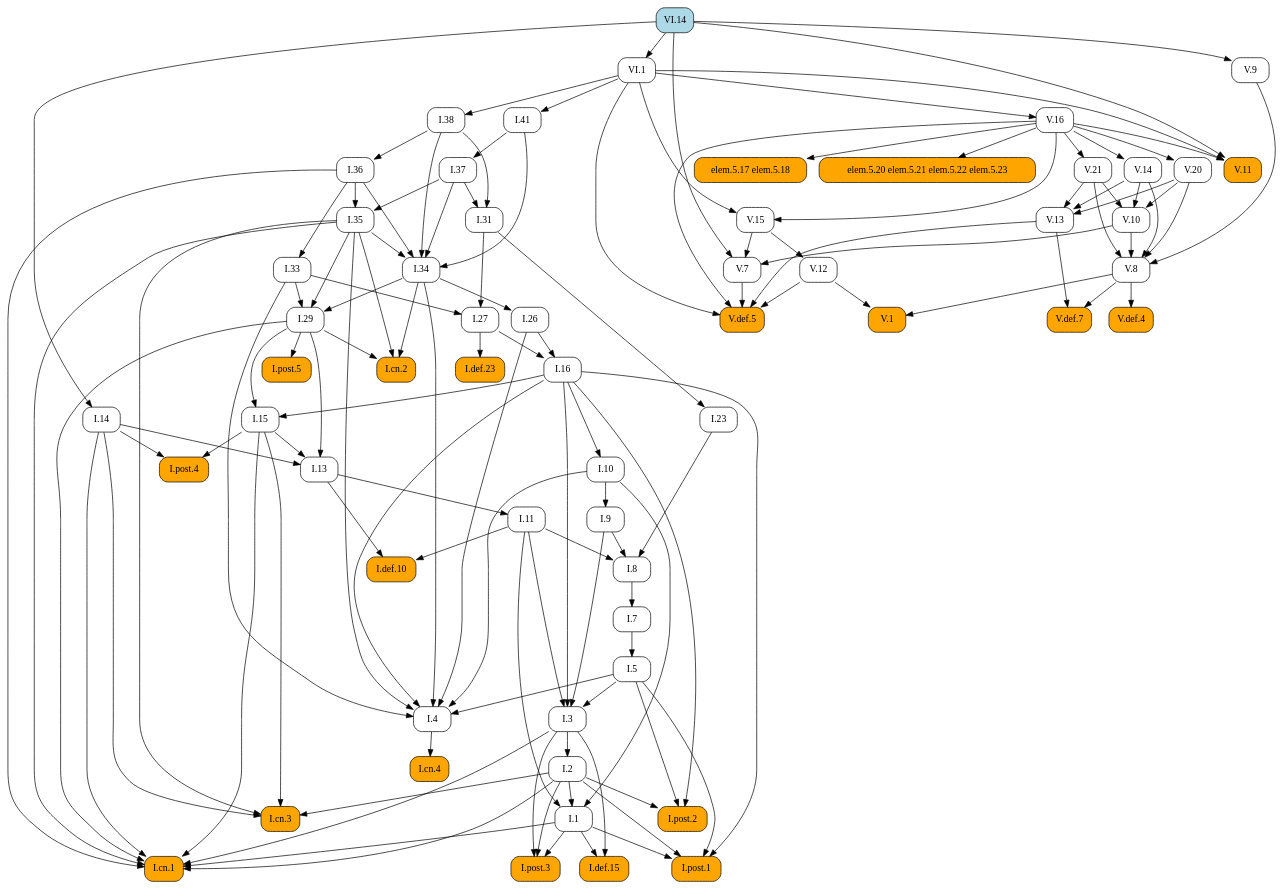
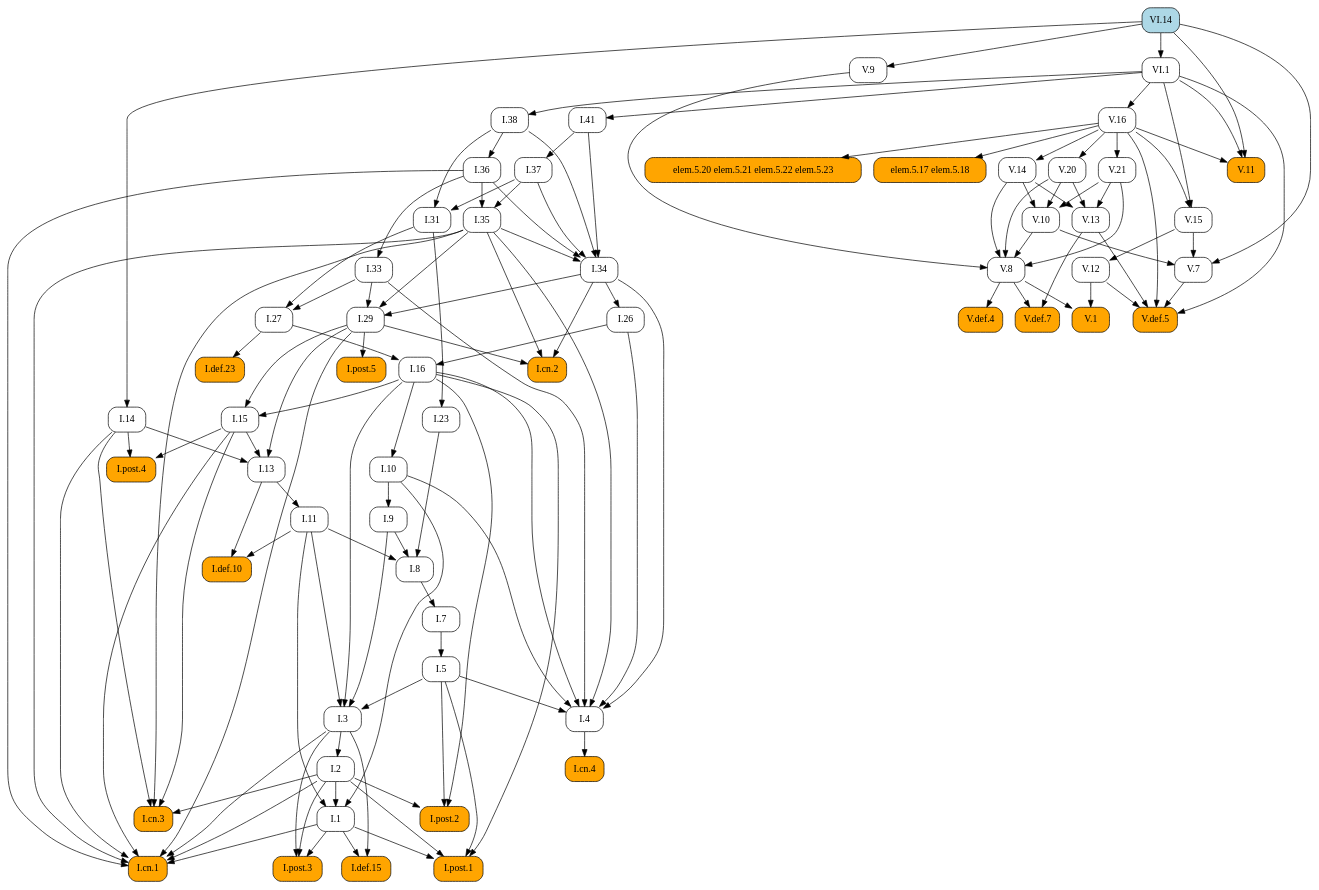
Before and after one commit to geometor/elements: the diagram in docsrc/heath/VI/14/index.rst, drawn with Graphviz. The commit also changed other lines of this file and 1029 other files, not shown here.

```diff
--- a/docsrc/heath/VI/14/index.rst
+++ b/docsrc/heath/VI/14/index.rst
@@ -56,178 +56,104 @@
    digraph {
      rankdir="TB";
      node [shape=box, style=rounded];
-     "V.1" [style="rounded,filled", fillcolor=orange, URL="/heath/V/1/", target="_top"];
+     "I.def.10" [style="rounded,filled", fillcolor=orange, URL="/heath/I/def.10/", target="_top"];
+     "I.11" [URL="/heath/I/11/", target="_top"];
+     "I.post.4" [style="rounded,filled", fillcolor=orange, URL="/heath/I/post.4/", target="_top"];
+     "I.1" [URL="/heath/I/1/", target="_top"];
+     "I.26" [URL="/heath/I/26/", target="_top"];
+     "V.14" [URL="/heath/V/14/", target="_top"];
+     "V.def.5" [style="rounded,filled", fillcolor=orange, URL="/heath/V/def.5/", target="_top"];
+     "I.29" [URL="/heath/I/29/", target="_top"];
+     "V.12" [URL="/heath/V/12/", target="_top"];
+     "I.cn.2" [style="rounded,filled", fillcolor=orange, URL="/heath/I/cn.2/", target="_top"];
+     "V.20" [URL="/heath/V/20/", target="_top"];
+     "V.10" [URL="/heath/V/10/", target="_top"];
+     "V.11" [style="rounded,filled", fillcolor=orange, URL="/heath/V/11/", target="_top"];
+     "V.13" [URL="/heath/V/13/", target="_top"];
+     "I.def.15" [style="rounded,filled", fillcolor=orange, URL="/heath/I/def.15/", target="_top"];
+     "V.15" [URL="/heath/V/15/", target="_top"];
+     "VI.1" [URL="/heath/VI/1/", target="_top"];
+     "I.post.3" [style="rounded,filled", fillcolor=orange, URL="/heath/I/post.3/", target="_top"];
+     "I.cn.1" [style="rounded,filled", fillcolor=orange, URL="/heath/I/cn.1/", target="_top"];
      "I.cn.3" [style="rounded,filled", fillcolor=orange, URL="/heath/I/cn.3/", target="_top"];
-     "I.29" [URL="/heath/I/29/", target="_top"];
-     "I.7" [URL="/heath/I/7/", target="_top"];
+     "V.7" [URL="/heath/V/7/", target="_top"];
+     "I.14" [URL="/heath/I/14/", target="_top"];
+     "V.9" [URL="/heath/V/9/", target="_top"];
+     "V.16" [URL="/heath/V/16/", target="_top"];
+     "I.23" [URL="/heath/I/23/", target="_top"];
+     "I.post.1" [style="rounded,filled", fillcolor=orange, URL="/heath/I/post.1/", target="_top"];
+     "I.35" [URL="/heath/I/35/", target="_top"];
+     "V.8" [URL="/heath/V/8/", target="_top"];
+     "I.41" [URL="/heath/I/41/", target="_top"];
+     "I.36" [URL="/heath/I/36/", target="_top"];
      "I.27" [URL="/heath/I/27/", target="_top"];
-     "I.38" [URL="/heath/I/38/", target="_top"];
-     "V.16" [URL="/heath/V/16/", target="_top"];
-     "V.15" [URL="/heath/V/15/", target="_top"];
      "I.37" [URL="/heath/I/37/", target="_top"];
      "I.34" [URL="/heath/I/34/", target="_top"];
-     "V.20" [URL="/heath/V/20/", target="_top"];
+     "I.3" [URL="/heath/I/3/", target="_top"];
+     "I.7" [URL="/heath/I/7/", target="_top"];
+     "I.2" [URL="/heath/I/2/", target="_top"];
+     "I.4" [URL="/heath/I/4/", target="_top"];
+     "I.def.23" [style="rounded,filled", fillcolor=orange, URL="/heath/I/def.23/", target="_top"];
+     "I.13" [URL="/heath/I/13/", target="_top"];
+     "I.33" [URL="/heath/I/33/", target="_top"];
+     "I.31" [URL="/heath/I/31/", target="_top"];
+     "I.post.2" [style="rounded,filled", fillcolor=orange, URL="/heath/I/post.2/", target="_top"];
+     "V.1" [style="rounded,filled", fillcolor=orange, URL="/heath/V/1/", target="_top"];
+     "I.16" [URL="/heath/I/16/", target="_top"];
+     "elem.5.20 elem.5.21 elem.5.22 elem.5.23" [style="rounded,filled", fillcolor=orange];
+     "elem.5.17 elem.5.18" [style="rounded,filled", fillcolor=orange];
+     "I.9" [URL="/heath/I/9/", target="_top"];
      "I.8" [URL="/heath/I/8/", target="_top"];
-     "I.def.23" [style="rounded,filled", fillcolor=orange, URL="/heath/I/def.23/", target="_top"];
-     "I.9" [URL="/heath/I/9/", target="_top"];
      "V.def.4" [style="rounded,filled", fillcolor=orange, URL="/heath/V/def.4/", target="_top"];
+     "I.cn.4" [style="rounded,filled", fillcolor=orange, URL="/heath/I/cn.4/", target="_top"];
+     "VI.14" [style="rounded,filled", fillcolor=lightblue, URL="/heath/VI/14/", target="_top"];
+     "I.15" [URL="/heath/I/15/", target="_top"];
+     "I.post.5" [style="rounded,filled", fillcolor=orange, URL="/heath/I/post.5/", target="_top"];
+     "I.38" [URL="/heath/I/38/", target="_top"];
+     "V.def.7" [style="rounded,filled", fillcolor=orange, URL="/heath/V/def.7/", target="_top"];
+     "I.10" [URL="/heath/I/10/", target="_top"];
+     "I.5" [URL="/heath/I/5/", target="_top"];
      "V.21" [URL="/heath/V/21/", target="_top"];
-     "V.8" [URL="/heath/V/8/", target="_top"];
-     "I.post.4" [style="rounded,filled", fillcolor=orange, URL="/heath/I/post.4/", target="_top"];
-     "I.2" [URL="/heath/I/2/", target="_top"];
-     "V.7" [URL="/heath/V/7/", target="_top"];
-     "I.1" [URL="/heath/I/1/", target="_top"];
-     "I.def.15" [style="rounded,filled", fillcolor=orange, URL="/heath/I/def.15/", target="_top"];
-     "V.13" [URL="/heath/V/13/", target="_top"];
-     "I.post.1" [style="rounded,filled", fillcolor=orange, URL="/heath/I/post.1/", target="_top"];
-     "VI.14" [style="rounded,filled", fillcolor=lightblue, URL="/heath/VI/14/", target="_top"];
-     "I.cn.4" [style="rounded,filled", fillcolor=orange, URL="/heath/I/cn.4/", target="_top"];
-     "I.26" [URL="/heath/I/26/", target="_top"];
-     "I.33" [URL="/heath/I/33/", target="_top"];
-     "V.def.7" [style="rounded,filled", fillcolor=orange, URL="/heath/V/def.7/", target="_top"];
-     "elem.5.20 elem.5.21 elem.5.22 elem.5.23" [style="rounded,filled", fillcolor=orange];
-     "I.23" [URL="/heath/I/23/", target="_top"];
-     "I.13" [URL="/heath/I/13/", target="_top"];
-     "I.cn.2" [style="rounded,filled", fillcolor=orange, URL="/heath/I/cn.2/", target="_top"];
-     "I.5" [URL="/heath/I/5/", target="_top"];
-     "I.11" [URL="/heath/I/11/", target="_top"];
-     "V.10" [URL="/heath/V/10/", target="_top"];
-     "V.def.5" [style="rounded,filled", fillcolor=orange, URL="/heath/V/def.5/", target="_top"];
-     "I.4" [URL="/heath/I/4/", target="_top"];
-     "I.10" [URL="/heath/I/10/", target="_top"];
-     "I.3" [URL="/heath/I/3/", target="_top"];
-     "I.16" [URL="/heath/I/16/", target="_top"];
-     "I.31" [URL="/heath/I/31/", target="_top"];
-     "I.def.10" [style="rounded,filled", fillcolor=orange, URL="/heath/I/def.10/", target="_top"];
-     "V.11" [style="rounded,filled", fillcolor=orange, URL="/heath/V/11/", target="_top"];
-     "I.post.2" [style="rounded,filled", fillcolor=orange, URL="/heath/I/post.2/", target="_top"];
-     "I.post.3" [style="rounded,filled", fillcolor=orange, URL="/heath/I/post.3/", target="_top"];
-     "VI.1" [URL="/heath/VI/1/", target="_top"];
-     "V.9" [URL="/heath/V/9/", target="_top"];
-     "I.post.5" [style="rounded,filled", fillcolor=orange, URL="/heath/I/post.5/", target="_top"];
-     "elem.5.17 elem.5.18" [style="rounded,filled", fillcolor=orange];
-     "I.14" [URL="/heath/I/14/", target="_top"];
-     "I.36" [URL="/heath/I/36/", target="_top"];
-     "V.12" [URL="/heath/V/12/", target="_top"];
-     "I.35" [URL="/heath/I/35/", target="_top"];
-     "I.15" [URL="/heath/I/15/", target="_top"];
-     "I.cn.1" [style="rounded,filled", fillcolor=orange, URL="/heath/I/cn.1/", target="_top"];
-     "I.41" [URL="/heath/I/41/", target="_top"];
-     "V.14" [URL="/heath/V/14/", target="_top"];
-     "V.8" -> "V.1";
-     "V.12" -> "V.1";
-     "I.2" -> "I.cn.3";
-     "I.14" -> "I.cn.3";
-     "I.15" -> "I.cn.3";
-     "I.35" -> "I.cn.3";
-     "I.33" -> "I.29";
-     "I.34" -> "I.29";
-     "I.35" -> "I.29";
-     "I.8" -> "I.7";
-     "I.31" -> "I.27";
-     "I.33" -> "I.27";
-     "VI.1" -> "I.38";
-     "VI.1" -> "V.16";
-     "V.16" -> "V.15";
-     "VI.1" -> "V.15";
-     "I.41" -> "I.37";
-     "I.35" -> "I.34";
-     "I.36" -> "I.34";
-     "I.37" -> "I.34";
-     "I.38" -> "I.34";
-     "I.41" -> "I.34";
-     "V.16" -> "V.20";
-     "I.9" -> "I.8";
-     "I.11" -> "I.8";
-     "I.23" -> "I.8";
-     "I.27" -> "I.def.23";
-     "I.10" -> "I.9";
-     "V.8" -> "V.def.4";
-     "V.16" -> "V.21";
-     "V.9" -> "V.8";
-     "V.10" -> "V.8";
-     "V.14" -> "V.8";
-     "V.20" -> "V.8";
-     "V.21" -> "V.8";
+     "I.11" -> "I.def.10";
+     "I.13" -> "I.def.10";
+     "I.13" -> "I.11";
      "I.14" -> "I.post.4";
      "I.15" -> "I.post.4";
-     "I.3" -> "I.2";
-     "V.10" -> "V.7";
-     "V.15" -> "V.7";
-     "VI.14" -> "V.7";
      "I.2" -> "I.1";
      "I.10" -> "I.1";
      "I.11" -> "I.1";
-     "I.1" -> "I.def.15";
-     "I.3" -> "I.def.15";
-     "V.14" -> "V.13";
-     "V.20" -> "V.13";
-     "V.21" -> "V.13";
-     "I.1" -> "I.post.1";
-     "I.2" -> "I.post.1";
-     "I.5" -> "I.post.1";
-     "I.16" -> "I.post.1";
-     "I.4" -> "I.cn.4";
      "I.34" -> "I.26";
-     "I.36" -> "I.33";
-     "V.8" -> "V.def.7";
-     "V.13" -> "V.def.7";
-     "V.16" -> "elem.5.20 elem.5.21 elem.5.22 elem.5.23";
-     "I.31" -> "I.23";
-     "I.14" -> "I.13";
-     "I.15" -> "I.13";
-     "I.29" -> "I.13";
-     "I.29" -> "I.cn.2";
-     "I.34" -> "I.cn.2";
-     "I.35" -> "I.cn.2";
-     "I.7" -> "I.5";
-     "I.13" -> "I.11";
-     "V.14" -> "V.10";
-     "V.20" -> "V.10";
-     "V.21" -> "V.10";
+     "V.16" -> "V.14";
      "V.7" -> "V.def.5";
      "V.12" -> "V.def.5";
      "V.13" -> "V.def.5";
      "V.16" -> "V.def.5";
      "VI.1" -> "V.def.5";
-     "I.5" -> "I.4";
-     "I.10" -> "I.4";
-     "I.16" -> "I.4";
-     "I.26" -> "I.4";
-     "I.33" -> "I.4";
-     "I.34" -> "I.4";
-     "I.35" -> "I.4";
-     "I.16" -> "I.10";
-     "I.5" -> "I.3";
-     "I.9" -> "I.3";
-     "I.11" -> "I.3";
-     "I.16" -> "I.3";
-     "I.26" -> "I.16";
-     "I.27" -> "I.16";
-     "I.37" -> "I.31";
-     "I.38" -> "I.31";
-     "I.11" -> "I.def.10";
-     "I.13" -> "I.def.10";
+     "I.33" -> "I.29";
+     "I.34" -> "I.29";
+     "I.35" -> "I.29";
+     "V.15" -> "V.12";
+     "I.29" -> "I.cn.2";
+     "I.34" -> "I.cn.2";
+     "I.35" -> "I.cn.2";
+     "V.16" -> "V.20";
+     "V.14" -> "V.10";
+     "V.20" -> "V.10";
+     "V.21" -> "V.10";
      "V.16" -> "V.11";
      "VI.1" -> "V.11";
      "VI.14" -> "V.11";
-     "I.2" -> "I.post.2";
-     "I.5" -> "I.post.2";
-     "I.16" -> "I.post.2";
+     "V.14" -> "V.13";
+     "V.20" -> "V.13";
+     "V.21" -> "V.13";
+     "I.1" -> "I.def.15";
+     "I.3" -> "I.def.15";
+     "V.16" -> "V.15";
+     "VI.1" -> "V.15";
+     "VI.14" -> "VI.1";
      "I.1" -> "I.post.3";
      "I.2" -> "I.post.3";
      "I.3" -> "I.post.3";
-     "VI.14" -> "VI.1";
-     "VI.14" -> "V.9";
-     "I.29" -> "I.post.5";
-     "V.16" -> "elem.5.17 elem.5.18";
-     "VI.14" -> "I.14";
-     "I.38" -> "I.36";
-     "V.15" -> "V.12";
-     "I.36" -> "I.35";
-     "I.37" -> "I.35";
-     "I.16" -> "I.15";
-     "I.29" -> "I.15";
      "I.1" -> "I.cn.1";
      "I.2" -> "I.cn.1";
      "I.3" -> "I.cn.1";
@@ -236,6 +162,80 @@
      "I.29" -> "I.cn.1";
      "I.35" -> "I.cn.1";
      "I.36" -> "I.cn.1";
+     "I.2" -> "I.cn.3";
+     "I.14" -> "I.cn.3";
+     "I.15" -> "I.cn.3";
+     "I.35" -> "I.cn.3";
+     "V.10" -> "V.7";
+     "V.15" -> "V.7";
+     "VI.14" -> "V.7";
+     "VI.14" -> "I.14";
+     "VI.14" -> "V.9";
+     "VI.1" -> "V.16";
+     "I.31" -> "I.23";
+     "I.1" -> "I.post.1";
+     "I.2" -> "I.post.1";
+     "I.5" -> "I.post.1";
+     "I.16" -> "I.post.1";
+     "I.36" -> "I.35";
+     "I.37" -> "I.35";
+     "V.9" -> "V.8";
+     "V.10" -> "V.8";
+     "V.14" -> "V.8";
+     "V.20" -> "V.8";
+     "V.21" -> "V.8";
      "VI.1" -> "I.41";
-     "V.16" -> "V.14";
+     "I.38" -> "I.36";
+     "I.31" -> "I.27";
+     "I.33" -> "I.27";
+     "I.41" -> "I.37";
+     "I.35" -> "I.34";
+     "I.36" -> "I.34";
+     "I.37" -> "I.34";
+     "I.38" -> "I.34";
+     "I.41" -> "I.34";
+     "I.5" -> "I.3";
+     "I.9" -> "I.3";
+     "I.11" -> "I.3";
+     "I.16" -> "I.3";
+     "I.8" -> "I.7";
+     "I.3" -> "I.2";
+     "I.5" -> "I.4";
+     "I.10" -> "I.4";
+     "I.16" -> "I.4";
+     "I.26" -> "I.4";
+     "I.33" -> "I.4";
+     "I.34" -> "I.4";
+     "I.35" -> "I.4";
+     "I.27" -> "I.def.23";
+     "I.14" -> "I.13";
+     "I.15" -> "I.13";
+     "I.29" -> "I.13";
+     "I.36" -> "I.33";
+     "I.37" -> "I.31";
+     "I.38" -> "I.31";
+     "I.2" -> "I.post.2";
+     "I.5" -> "I.post.2";
+     "I.16" -> "I.post.2";
+     "V.8" -> "V.1";
+     "V.12" -> "V.1";
+     "I.26" -> "I.16";
+     "I.27" -> "I.16";
+     "V.16" -> "elem.5.20 elem.5.21 elem.5.22 elem.5.23";
+     "V.16" -> "elem.5.17 elem.5.18";
+     "I.10" -> "I.9";
+     "I.9" -> "I.8";
+     "I.11" -> "I.8";
+     "I.23" -> "I.8";
+     "V.8" -> "V.def.4";
+     "I.4" -> "I.cn.4";
+     "I.16" -> "I.15";
+     "I.29" -> "I.15";
+     "I.29" -> "I.post.5";
+     "VI.1" -> "I.38";
+     "V.8" -> "V.def.7";
+     "V.13" -> "V.def.7";
+     "I.16" -> "I.10";
+     "I.7" -> "I.5";
+     "V.16" -> "V.21";
    }
```
